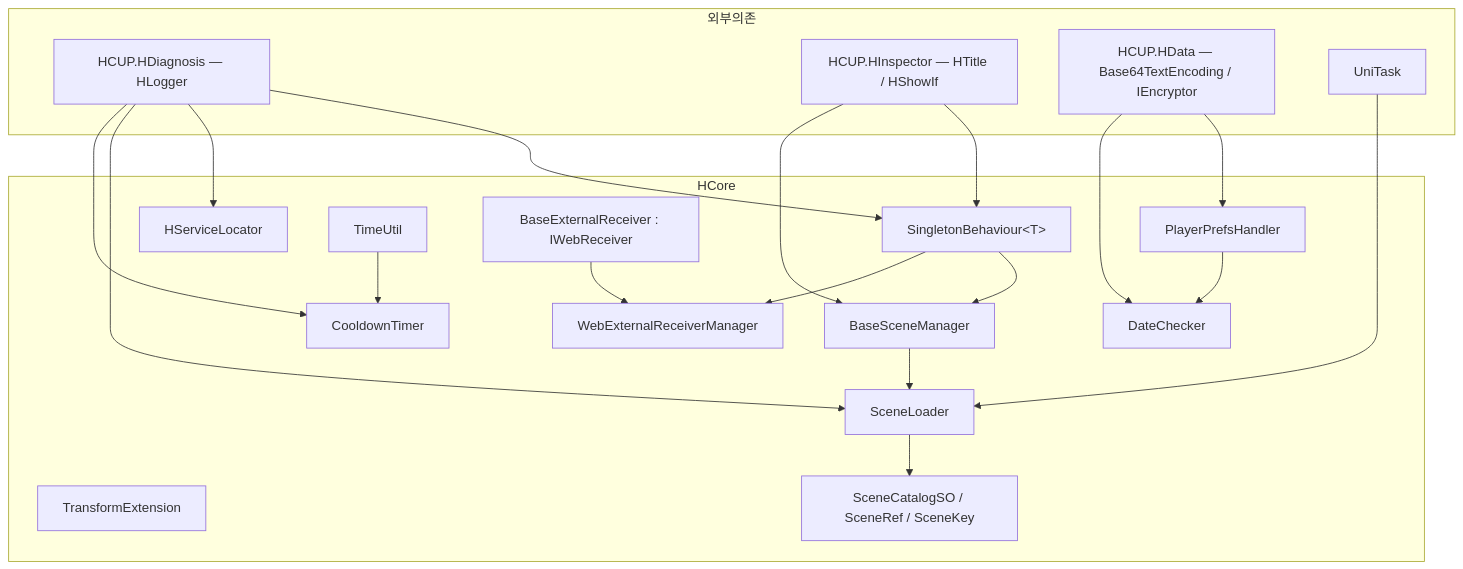
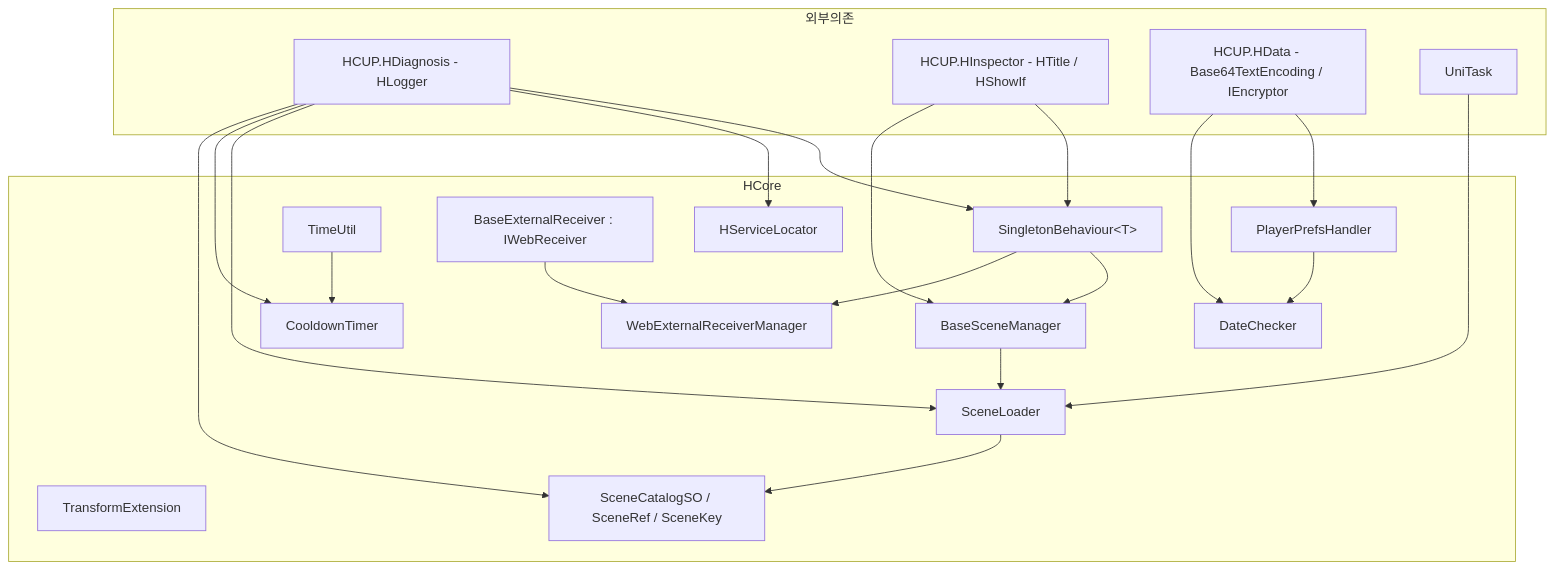
The first of 6 diagrams in HCore/Runtime/README.md (HoHong123/HCUP-Unity), drawn with Mermaid before and after one commit. The commit also changed other lines of this file, not shown here.

````diff
--- a/HCore/Runtime/README.md
+++ b/HCore/Runtime/README.md
@@ -54,45 +54,46 @@
 ```mermaid
 flowchart TD
     subgraph 외부의존
-    HD["HCUP.HDiagnosis — HLogger"]
-    HI["HCUP.HInspector — HTitle / HShowIf"]
-    HDA["HCUP.HData — Base64TextEncoding / IEncryptor"]
+    HD["HCUP.HDiagnosis - HLogger"]
+    HI["HCUP.HInspector - HTitle / HShowIf"]
+    HDA["HCUP.HData - Base64TextEncoding / IEncryptor"]
     UT["UniTask"]
     end
 
     subgraph HCore
     SB["SingletonBehaviour&lt;T&gt;"]
     SL["HServiceLocator"]
     PP["PlayerPrefsHandler"]
     TE["TransformExtension"]
 
     SC["SceneLoader"]
     BSM["BaseSceneManager"]
     SCAT["SceneCatalogSO / SceneRef / SceneKey"]
 
     CT["CooldownTimer"]
     TU["TimeUtil"]
     DC["DateChecker"]
 
     WM["WebExternalReceiverManager"]
     WR["BaseExternalReceiver : IWebReceiver"]
     end
 
     HD --> SB
     HD --> SL
     HD --> SC
     HD --> CT
+    HD --> SCAT
     HI --> SB
     HI --> BSM
     HDA --> PP
     HDA --> DC
     UT --> SC
 
     SB --> BSM
     SB --> WM
     BSM --> SC
     SC --> SCAT
     TU --> CT
     PP --> DC
     WR --> WM
 ```
````
